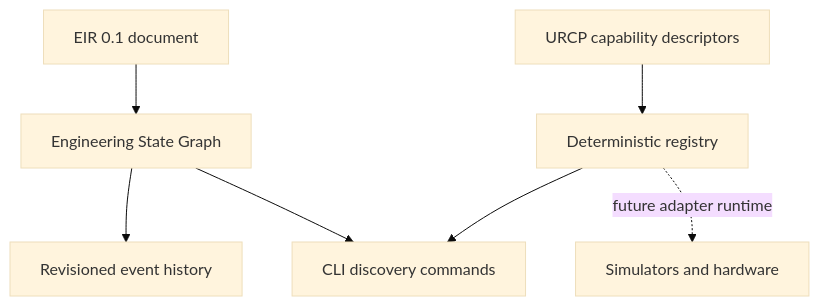
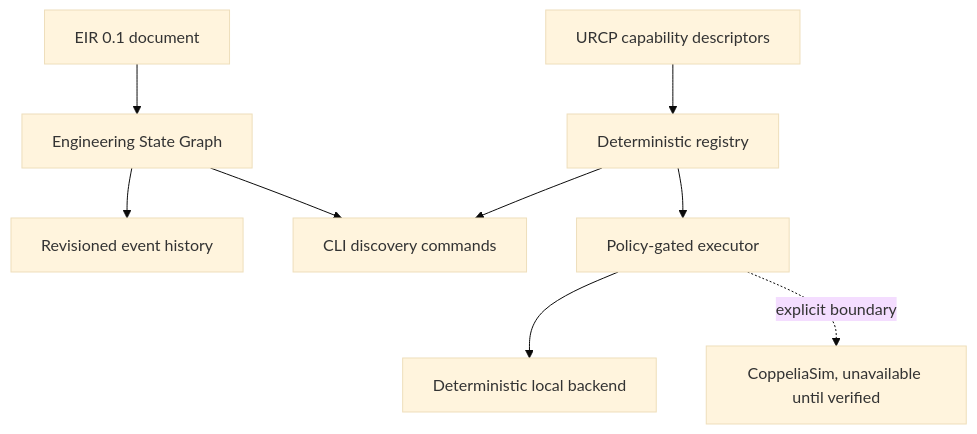
One commit to Unstable-Kernel/MIRAGE changed the diagram in code_review.md. Above: the diagram before and after it, drawn with Mermaid (base theme). The commit also changed other lines of this file and 23 other files, not shown here.

Commit message:
feat: add policy-gated URCP execution runtime

````diff
--- a/code_review.md
+++ b/code_review.md
@@ -9,9 +9,11 @@
 ```mermaid
 flowchart TD
     EIR[EIR 0.1 document] --> ESG[Engineering State Graph]
     ESG --> EVENTS[Revisioned event history]
     URCP[URCP capability descriptors] --> REG[Deterministic registry]
     REG --> CLI[CLI discovery commands]
     ESG --> CLI
-    REG -. future adapter runtime .-> SIM[Simulators and hardware]
+    REG --> EXEC[Policy-gated executor]
+    EXEC --> LOCAL[Deterministic local backend]
+    EXEC -. explicit boundary .-> SIM[CoppeliaSim, unavailable until verified]
 ```
````
